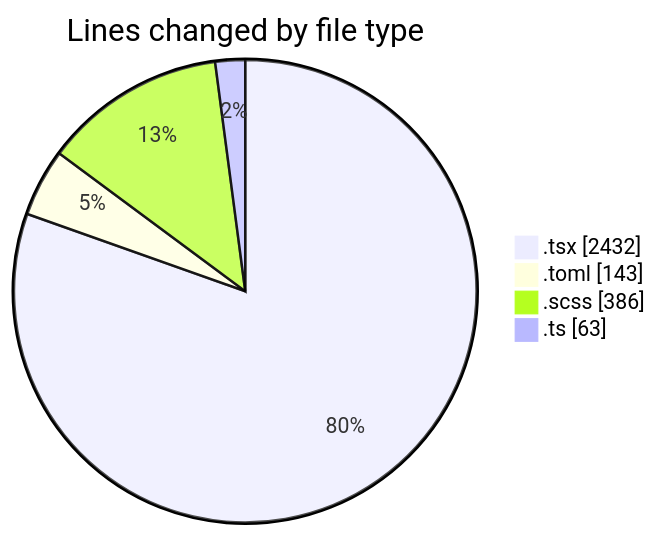
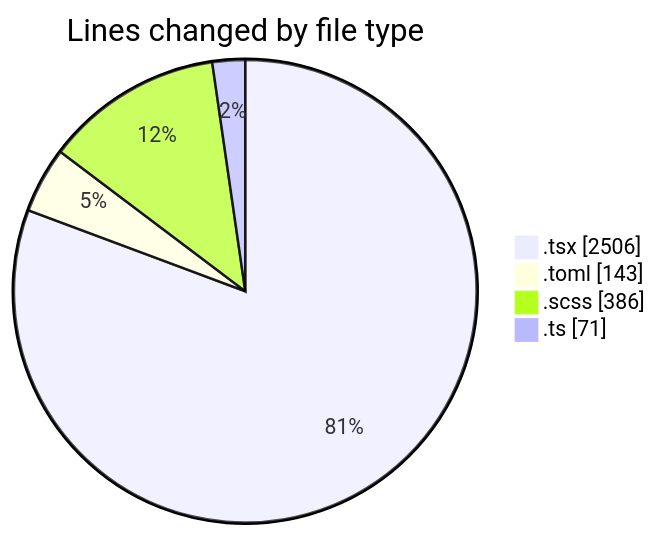
The first of 2 diagrams in 2026-11-02/cda/README.md (momahboobian/code-tracking), drawn with Mermaid before and after one commit. The commit also changed other lines of this file and 1 other file, not shown here.

````diff
--- a/2026-11-02/cda/README.md
+++ b/2026-11-02/cda/README.md
@@ -35,8 +36,8 @@
 ```mermaid
 pie showData
 title Lines changed by file type
-".tsx" : 2432
+".tsx" : 2506
 ".toml" : 143
 ".scss" : 386
-".ts" : 63
+".ts" : 71
 ```
````
